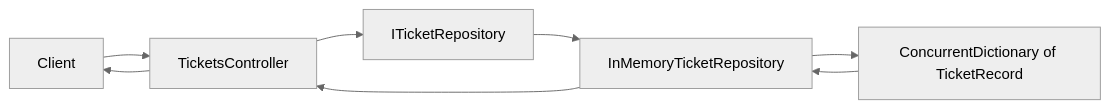
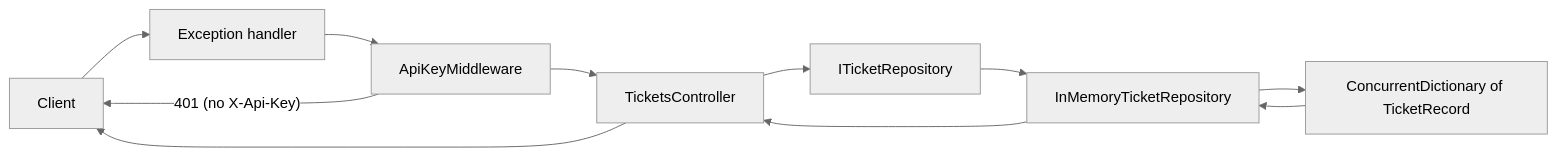
Before and after one commit to sanbrasp/advancedbackendprogramming: the diagram in HelpDesk.Api/README.md, drawn with Mermaid (neutral theme). The commit also changed other lines of this file, not shown here.

Commit message:
docs: update README.md with the error controller. HelpDesk.Api

````diff
--- a/HelpDesk.Api/README.md
+++ b/HelpDesk.Api/README.md
@@ -69,10 +76,13 @@
 ```mermaid
 flowchart LR
-    C[Client] --> T[TicketsController]
-    T --> I[ITicketRepository]
-    I --> M[InMemoryTicketRepository]
-    M --> D[ConcurrentDictionary of TicketRecord]
-    D --> M
-    M --> T
-    T --> C
+  C[Client] --> E[Exception handler]
+  E --> K[ApiKeyMiddleware]
+  K -- "401 (no X-Api-Key)" --> C
+  K --> T[TicketsController]
+  T --> I[ITicketRepository]
+  I --> M[InMemoryTicketRepository]
+  M --> D[ConcurrentDictionary of TicketRecord]
+  D --> M
+  M --> T
+  T --> C
 ```
````
